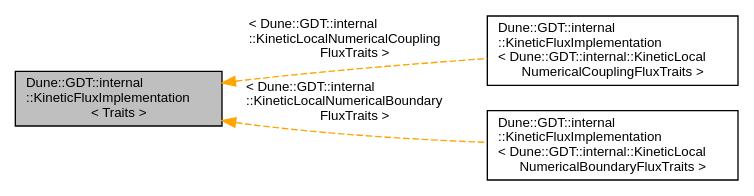
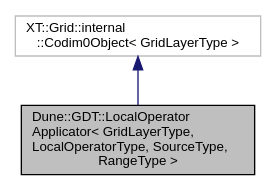
The diagram in docs/dune-gdt/master/a01335.dot (dune-community/dune-community.github.io), drawn with Graphviz before and after one commit. The commit also changed 4372 other files, not shown here.

Commit message:
Updated documentation for dune-gdt master

```diff
--- a/docs/dune-gdt/master/a01335.dot
+++ b/docs/dune-gdt/master/a01335.dot
@@ -1,11 +1,8 @@
-digraph "Dune::GDT::internal::KineticFluxImplementation&lt; Traits &gt;"
+digraph "Dune::GDT::LocalOperatorApplicator&lt; GridLayerType, LocalOperatorType, SourceType, RangeType &gt;"
 {
   edge [fontname="Helvetica",fontsize="10",labelfontname="Helvetica",labelfontsize="10"];
   node [fontname="Helvetica",fontsize="10",shape=record];
-  rankdir="LR";
-  Node1 [label="Dune::GDT::internal\l::KineticFluxImplementation\l\< Traits \>",height=0.2,width=0.4,color="black", fillcolor="grey75", style="filled", fontcolor="black"];
-  Node1 -> Node2 [dir="back",color="orange",fontsize="10",style="dashed",label=" \< Dune::GDT::internal\l::KineticLocalNumericalCoupling\lFluxTraits \>" ,fontname="Helvetica"];
-  Node2 [label="Dune::GDT::internal\l::KineticFluxImplementation\l\< Dune::GDT::internal::KineticLocal\lNumericalCouplingFluxTraits \>",height=0.2,width=0.4,color="black", fillcolor="white", style="filled",URL="$a00255.html"];
-  Node1 -> Node3 [dir="back",color="orange",fontsize="10",style="dashed",label=" \< Dune::GDT::internal\l::KineticLocalNumericalBoundary\lFluxTraits \>" ,fontname="Helvetica"];
-  Node3 [label="Dune::GDT::internal\l::KineticFluxImplementation\l\< Dune::GDT::internal::KineticLocal\lNumericalBoundaryFluxTraits \>",height=0.2,width=0.4,color="black", fillcolor="white", style="filled",URL="$a00255.html"];
+  Node0 [label="Dune::GDT::LocalOperator\lApplicator\< GridLayerType,\l LocalOperatorType, SourceType,\l RangeType \>",height=0.2,width=0.4,color="black", fillcolor="grey75", style="filled", fontcolor="black"];
+  Node1 -> Node0 [dir="back",color="midnightblue",fontsize="10",style="solid",fontname="Helvetica"];
+  Node1 [label="XT::Grid::internal\l::Codim0Object\< GridLayerType \>",height=0.2,width=0.4,color="grey75", fillcolor="white", style="filled"];
 }
```
